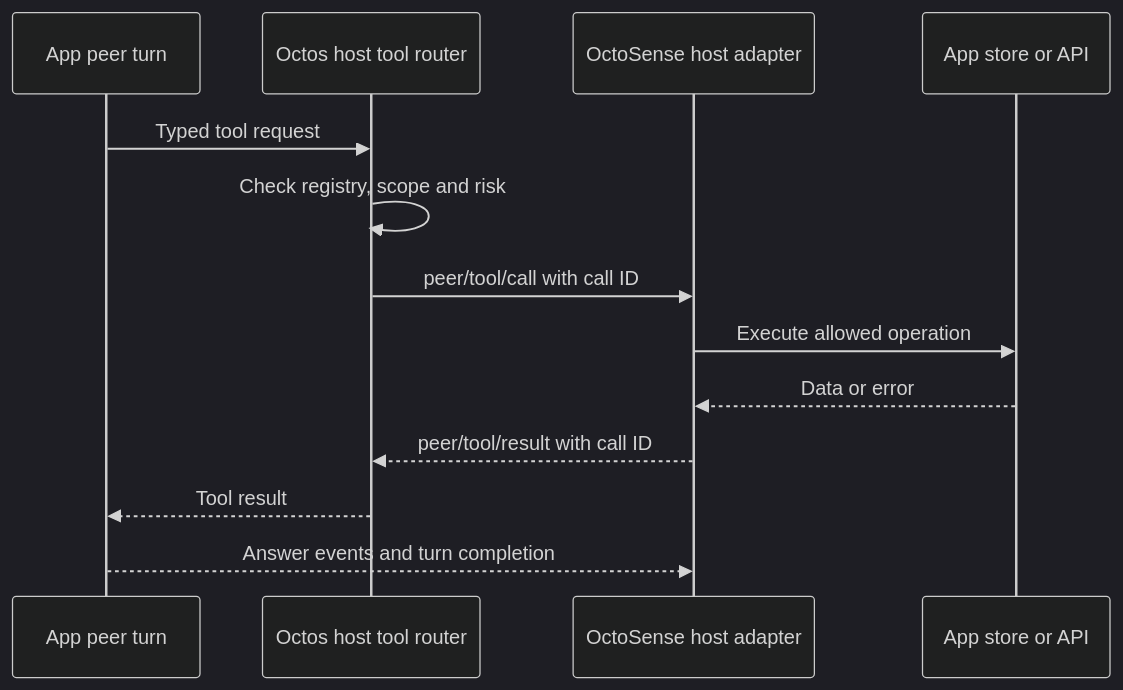
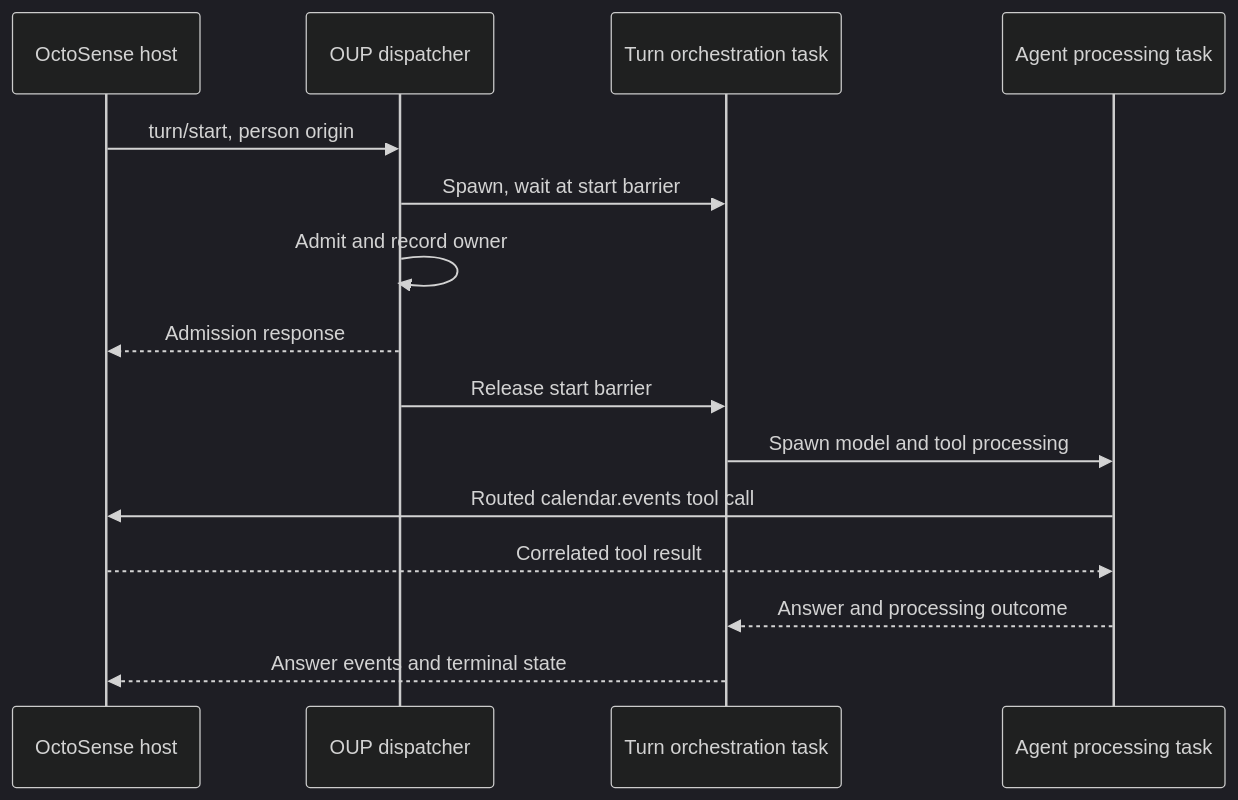
The diagram in docs/octosense-integration-walkthrough.md (octos-org/octos), drawn with Mermaid (dark theme) before and after one commit. The commit also changed other lines of this file and 2 other files, not shown here.

````diff
--- a/docs/octosense-integration-walkthrough.md
+++ b/docs/octosense-integration-walkthrough.md
@@ -76,15 +98,17 @@
 ```mermaid
 sequenceDiagram
-    participant M as App peer turn
-    participant K as Octos host tool router
-    participant H as OctoSense host adapter
-    participant D as App store or API
-    M->>K: Typed tool request
-    K->>K: Check registry, scope and risk
-    K->>H: peer/tool/call with call ID
-    H->>D: Execute allowed operation
-    D-->>H: Data or error
-    H-->>K: peer/tool/result with call ID
-    K-->>M: Tool result
-    M-->>H: Answer events and turn completion
+    participant H as OctoSense host
+    participant O as OUP dispatcher
+    participant T as Turn orchestration task
+    participant A as Agent processing task
+    H->>O: turn/start, person origin
+    O->>T: Spawn, wait at start barrier
+    O->>O: Admit and record owner
+    O-->>H: Admission response
+    O->>T: Release start barrier
+    T->>A: Spawn model and tool processing
+    A->>H: Routed calendar.events tool call
+    H-->>A: Correlated tool result
+    A-->>T: Answer and processing outcome
+    T-->>H: Answer events and terminal state
 ```
````
